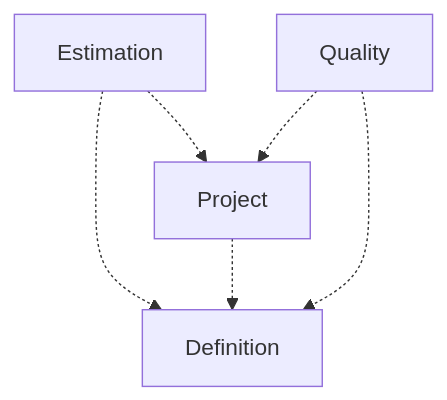
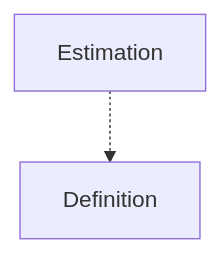
Before and after one commit to glemzurg/glemzurg: the diagram in examples/requirements/req/output/development/domain-domain.process.md, drawn with Mermaid. The commit also changed other lines of this file and 116 other files, not shown here.

````diff
--- a/examples/requirements/req/output/development/domain-domain.process.md
+++ b/examples/requirements/req/output/development/domain-domain.process.md
@@ -11,13 +11,7 @@
 ```mermaid
 graph TD
 subdomain_domain_process_subdomain_definition["Definition"]
 subdomain_domain_process_subdomain_estimation["Estimation"]
-subdomain_domain_process_subdomain_project["Project"]
-subdomain_domain_process_subdomain_quality["Quality"]
 subdomain_domain_process_subdomain_estimation -.-> subdomain_domain_process_subdomain_definition
-subdomain_domain_process_subdomain_estimation -.-> subdomain_domain_process_subdomain_project
-subdomain_domain_process_subdomain_project -.-> subdomain_domain_process_subdomain_definition
-subdomain_domain_process_subdomain_quality -.-> subdomain_domain_process_subdomain_definition
-subdomain_domain_process_subdomain_quality -.-> subdomain_domain_process_subdomain_project
 
 ```
````
